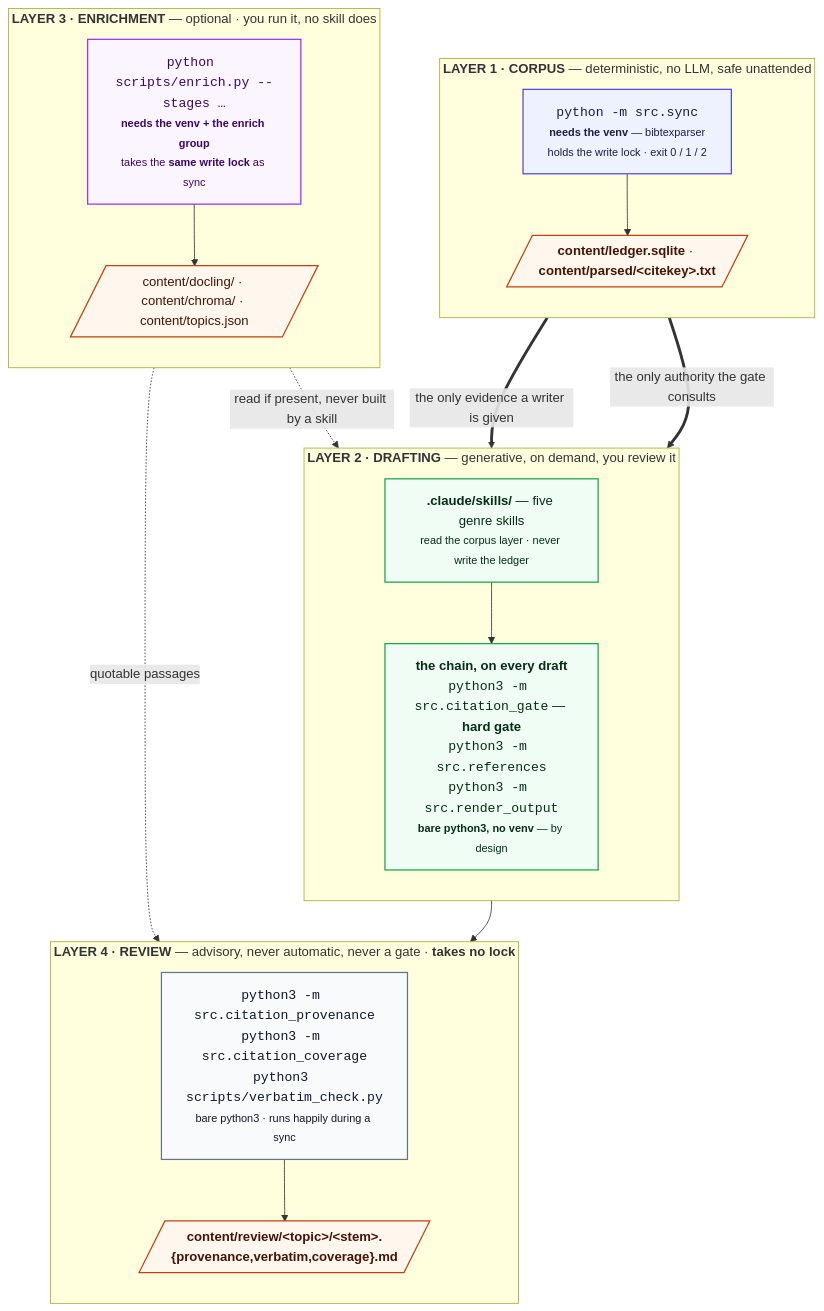
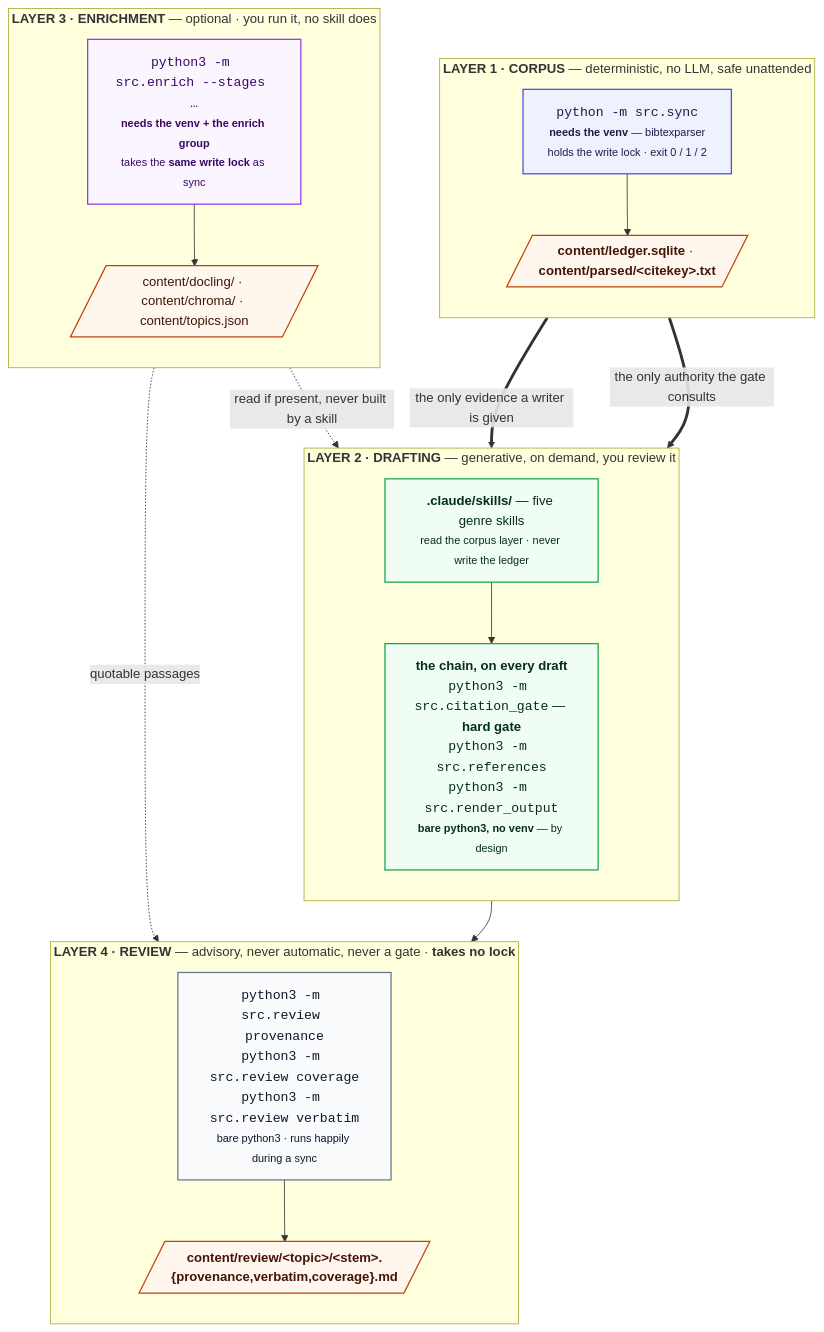
One commit to prasadtalasila/chitragupta changed the diagram in docs/ARCHITECTURE.md. Above: the diagram before and after it, drawn with Mermaid. The commit also changed other lines of this file and 72 other files, not shown here.

````diff
--- a/docs/ARCHITECTURE.md
+++ b/docs/ARCHITECTURE.md
@@ -65,49 +65,49 @@
 ```mermaid
 flowchart TB
 
   subgraph J1["<b>LAYER 1 · CORPUS</b> — deterministic, no LLM, safe unattended"]
     direction TB
     SYNC["<code>python -m src.sync</code><br/><small><b>needs the venv</b> — bibtexparser<br/>holds the write lock · exit 0 / 1 / 2</small>"]
     OUT1[/"<b>content/ledger.sqlite</b> · <b>content/parsed/&lt;citekey&gt;.txt</b>"/]
     SYNC --> OUT1
   end
 
   subgraph J2["<b>LAYER 2 · DRAFTING</b> — generative, on demand, you review it"]
     direction TB
     SKILL["<b>.claude/skills/</b> — five genre skills<br/><small>read the corpus layer · never write the ledger</small>"]
     CHAIN["<b>the chain, on every draft</b><br/><code>python3 -m src.citation_gate</code> — <b>hard gate</b><br/><code>python3 -m src.references</code><br/><code>python3 -m src.render_output</code><br/><small><b>bare python3, no venv</b> — by design</small>"]
     SKILL --> CHAIN
   end
 
   subgraph JH["<b>LAYER 3 · ENRICHMENT</b> — optional · you run it, no skill does"]
     direction TB
-    FULL["<code>python scripts/enrich.py --stages …</code><br/><small><b>needs the venv + the enrich group</b><br/>takes the <b>same write lock</b> as sync</small>"]
+    FULL["<code>python3 -m src.enrich --stages …</code><br/><small><b>needs the venv + the enrich group</b><br/>takes the <b>same write lock</b> as sync</small>"]
     OUT3[/"content/docling/ · content/chroma/ · content/topics.json"/]
     FULL --> OUT3
   end
 
   subgraph AID["<b>LAYER 4 · REVIEW</b> — advisory, never automatic, never a gate · <b>takes no lock</b>"]
     direction TB
-    A["<code>python3 -m src.citation_provenance</code><br/><code>python3 -m src.citation_coverage</code><br/><code>python3 scripts/verbatim_check.py</code><br/><small>bare python3 · runs happily during a sync</small>"]
+    A["<code>python3 -m src.review provenance</code><br/><code>python3 -m src.review coverage</code><br/><code>python3 -m src.review verbatim</code><br/><small>bare python3 · runs happily during a sync</small>"]
     OUT4[/"<b>content/review/&lt;topic&gt;/&lt;stem&gt;.{provenance,verbatim,coverage}.md</b>"/]
     A --> OUT4
   end
 
   OUT1 == "the only evidence a writer is given" ==> SKILL
   OUT1 == "the only authority the gate consults" ==> CHAIN
   OUT3 -. "read if present, never built by a skill" .-> SKILL
   OUT3 -. "quotable passages" .-> A
   CHAIN --> A
 
   classDef det fill:#eef2ff,stroke:#4f46e5,stroke-width:1.5px,color:#1e1b4b
   classDef gen fill:#f0fdf4,stroke:#16a34a,stroke-width:1.5px,color:#052e16
   classDef heavy fill:#faf5ff,stroke:#9333ea,stroke-width:1.5px,color:#3b0764
   classDef store fill:#fff7ed,stroke:#c2410c,stroke-width:1.5px,color:#431407
   classDef aid fill:#f8fafc,stroke:#64748b,stroke-width:1.5px,color:#0f172a
 
   class SYNC det
   class SKILL,CHAIN gen
   class FULL heavy
   class OUT1,OUT3,OUT4 store
   class A aid
 ```
````
